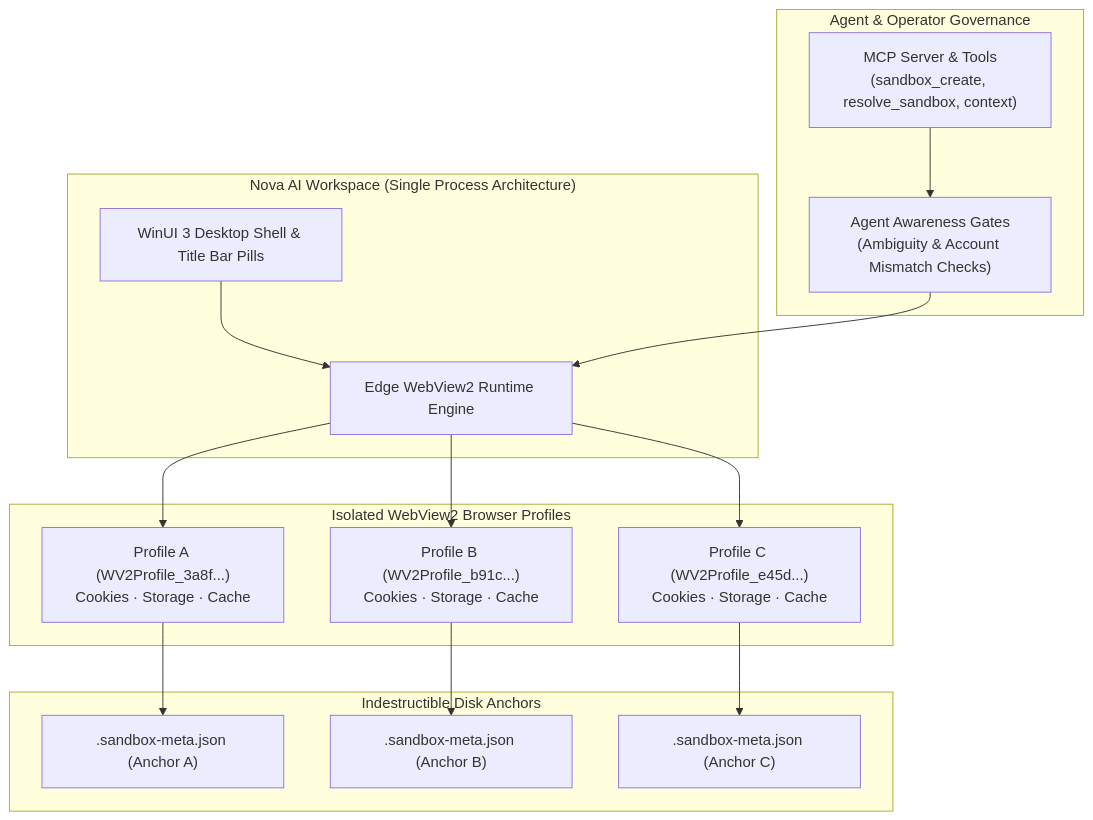
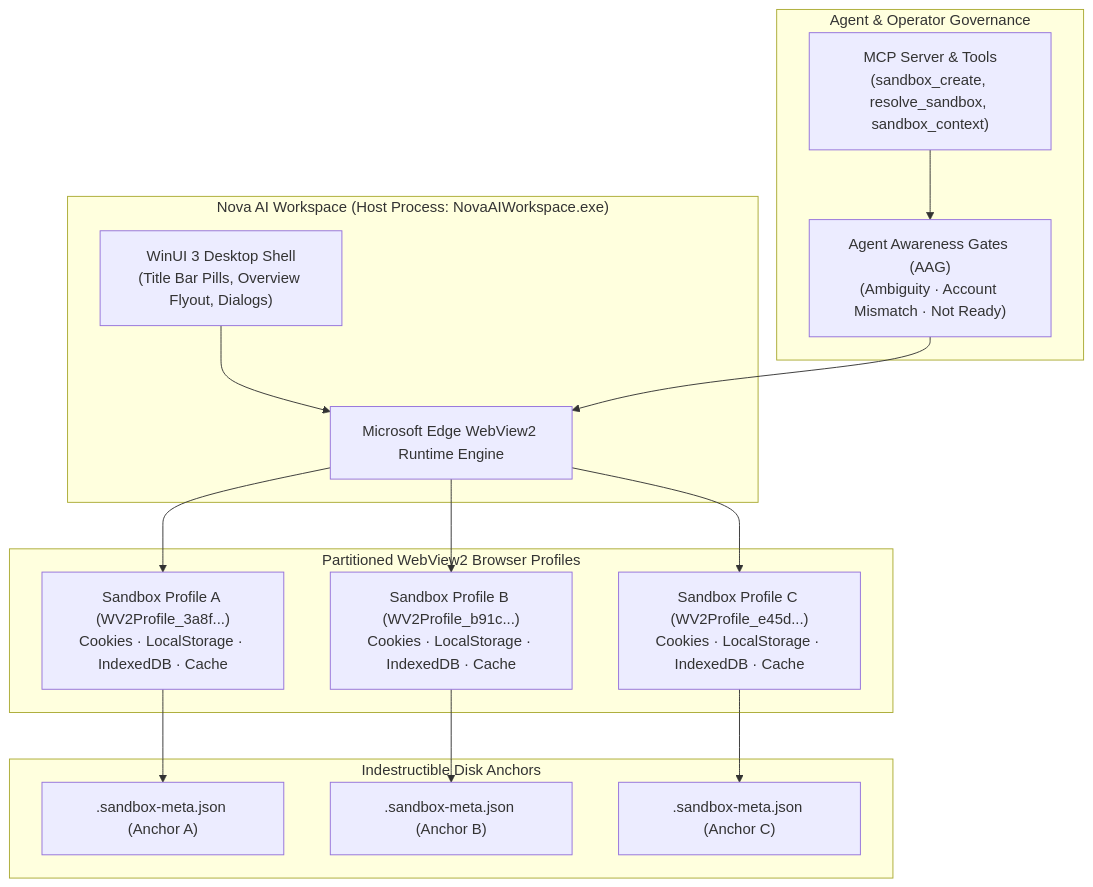
The first of 4 diagrams in docs/core-features/sandbox-isolation/README.md (joelaniol/nova), drawn with Mermaid before and after one commit. The commit also changed other lines of this file and 3 other files, not shown here.

Commit message:
docs(sandbox-isolation): expand architectural reference with anchors, routing, and GUI controls

````diff
--- a/docs/core-features/sandbox-isolation/README.md
+++ b/docs/core-features/sandbox-isolation/README.md
@@ -5,27 +18,27 @@
 ```mermaid
 flowchart TD
-    subgraph BrowserProcess["Nova AI Workspace (Single Process Architecture)"]
-        UI["WinUI 3 Desktop Shell & Title Bar Pills"]
-        Engine["Edge WebView2 Runtime Engine"]
+    subgraph HostProcess["Nova AI Workspace (Host Process: NovaAIWorkspace.exe)"]
+        UI["WinUI 3 Desktop Shell\n(Title Bar Pills, Overview Flyout, Dialogs)"]
+        Engine["Microsoft Edge WebView2 Runtime Engine"]
         UI --> Engine
     end
 
-    subgraph Profiles["Isolated WebView2 Browser Profiles"]
-        Engine --> PA["Profile A (WV2Profile_3a8f...)\nCookies · Storage · Cache"]
-        Engine --> PB["Profile B (WV2Profile_b91c...)\nCookies · Storage · Cache"]
-        Engine --> PC["Profile C (WV2Profile_e45d...)\nCookies · Storage · Cache"]
+    subgraph Profiles["Partitioned WebView2 Browser Profiles"]
+        Engine --> PA["Sandbox Profile A (WV2Profile_3a8f...)\nCookies · LocalStorage · IndexedDB · Cache"]
+        Engine --> PB["Sandbox Profile B (WV2Profile_b91c...)\nCookies · LocalStorage · IndexedDB · Cache"]
+        Engine --> PC["Sandbox Profile C (WV2Profile_e45d...)\nCookies · LocalStorage · IndexedDB · Cache"]
     end
 
     subgraph Anchors["Indestructible Disk Anchors"]
         PA --> DA[".sandbox-meta.json (Anchor A)"]
         PB --> DB[".sandbox-meta.json (Anchor B)"]
         PC --> DC[".sandbox-meta.json (Anchor C)"]
     end
 
-    subgraph Agents["Agent & Operator Governance"]
-        MCP["MCP Server & Tools\n(sandbox_create, resolve_sandbox, context)"]
-        AAG["Agent Awareness Gates\n(Ambiguity & Account Mismatch Checks)"]
+    subgraph Governance["Agent & Operator Governance"]
+        MCP["MCP Server & Tools\n(sandbox_create, resolve_sandbox, sandbox_context)"]
+        AAG["Agent Awareness Gates (AAG)\n(Ambiguity · Account Mismatch · Not Ready)"]
         MCP --> AAG
         AAG --> Engine
     end
 ```
````
